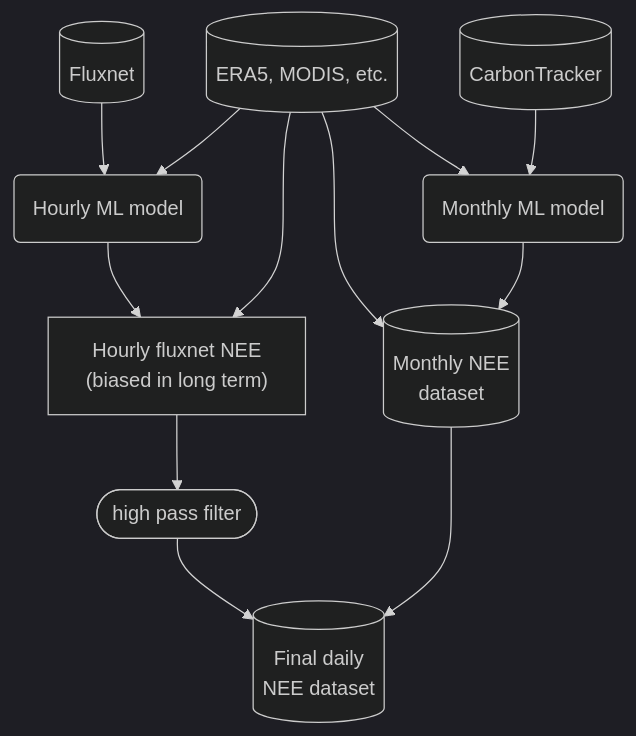
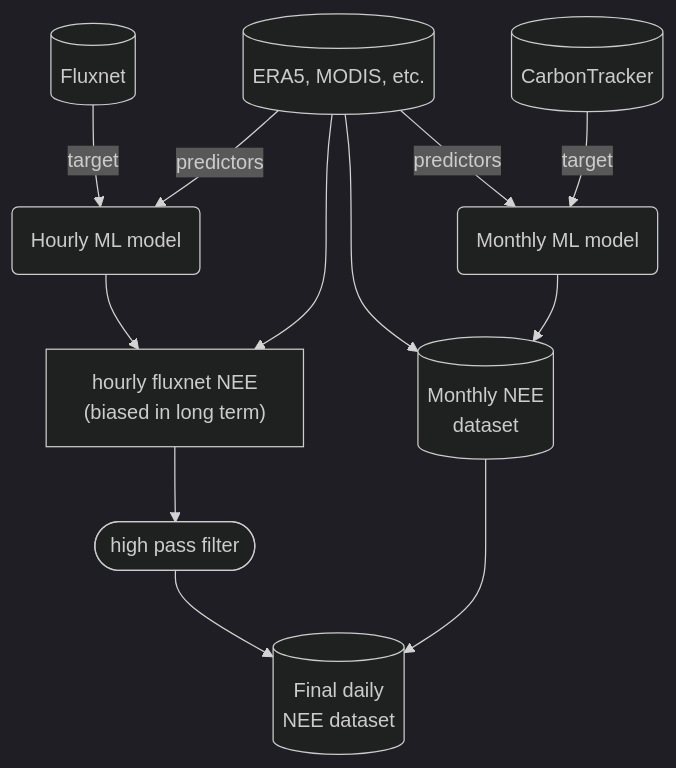
The diagram in README.md (EXCITED-CO2/excited-workflow), drawn with Mermaid (dark theme) before and after one commit.

Commit message:
Improve flowchard with text on arrows.

````diff
--- a/README.md
+++ b/README.md
@@ -6,22 +6,24 @@
 ```mermaid
 graph TD;
     monthlymodel(Monthly ML model);
     input[(ERA5, MODIS, etc.)];
     fluxnet[(Fluxnet)];
     carbontracker[(CarbonTracker)];
     hourlymodel(Hourly model);
-    dailydataset["Hourly fluxnet NEE\n(biased in long term)"];
+    dailydataset["hourly fluxnet NEE\n(biased in long term)"];
     hourlymodel(Hourly ML model);
+    monthlydataset[(Monthly NEE\ndataset)];
+    finaldataset[(Final daily\nNEE dataset)];
 
-    input-->monthlymodel;
-    fluxnet-->hourlymodel;
-    carbontracker-->monthlymodel;
-    input-->hourlymodel;
+    fluxnet-->|target| hourlymodel;
+    input-->|predictors| hourlymodel;
+    input-->|predictors| monthlymodel;
+    carbontracker-->|target| monthlymodel;
     hourlymodel-->dailydataset;
-    input-->mp;
-    monthlymodel-->mp[(Monthly NEE\ndataset)];
+    input-->monthlydataset;
+    monthlymodel-->monthlydataset;
     dailydataset-->hpf([high pass filter]);
-    hpf-->dailyd[(Final daily\nNEE dataset)];
-    mp-->dailyd;
+    hpf-->finaldataset;
+    monthlydataset-->finaldataset;
     input-->dailydataset;
 ```
````
